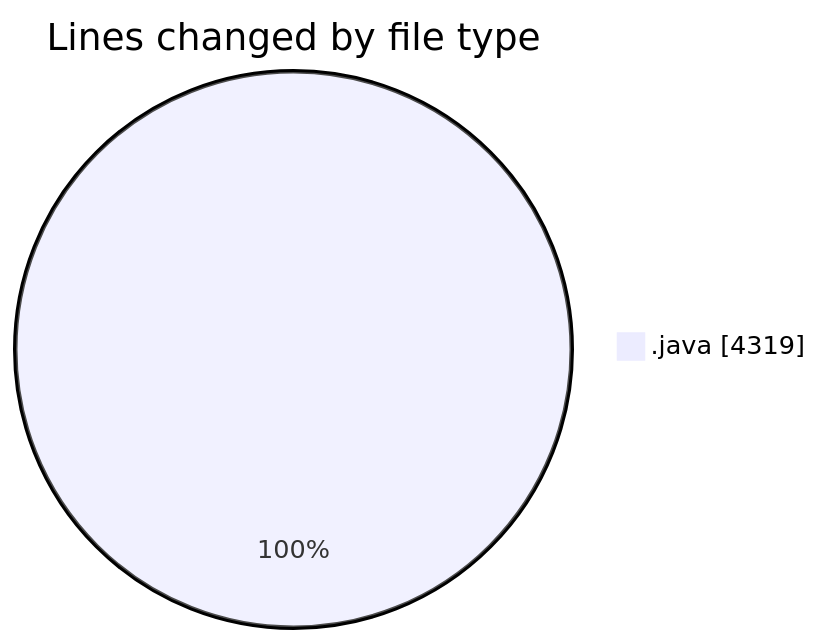
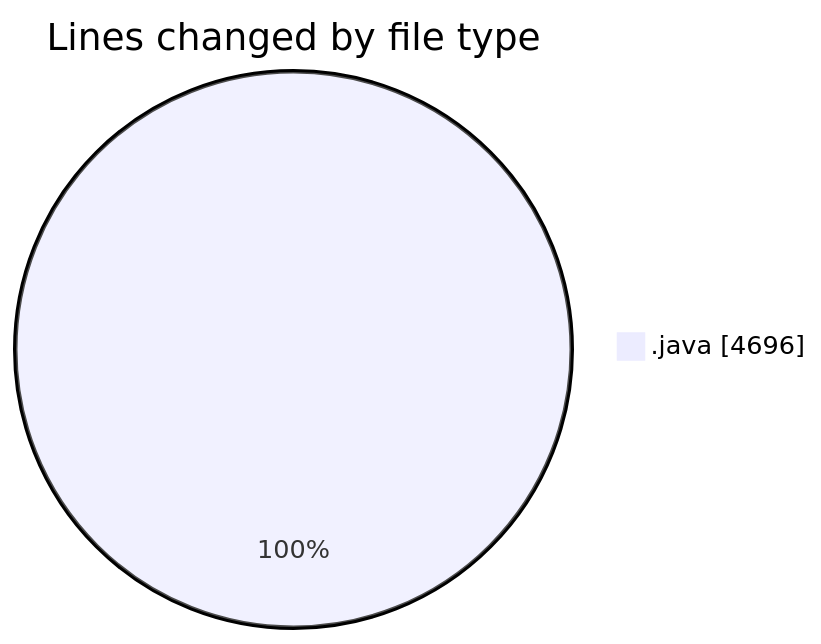
Before and after one commit to ricardozamudiocil/code-tracking: the first of 2 diagrams in 2026-05-20/cilapp/README.md, drawn with Mermaid. The commit also changed other lines of this file and 1 other file, not shown here.

````diff
--- a/2026-05-20/cilapp/README.md
+++ b/2026-05-20/cilapp/README.md
@@ -24,5 +25,5 @@
 ```mermaid
 pie showData
 title Lines changed by file type
-".java" : 4319
+".java" : 4696
 ```
````
